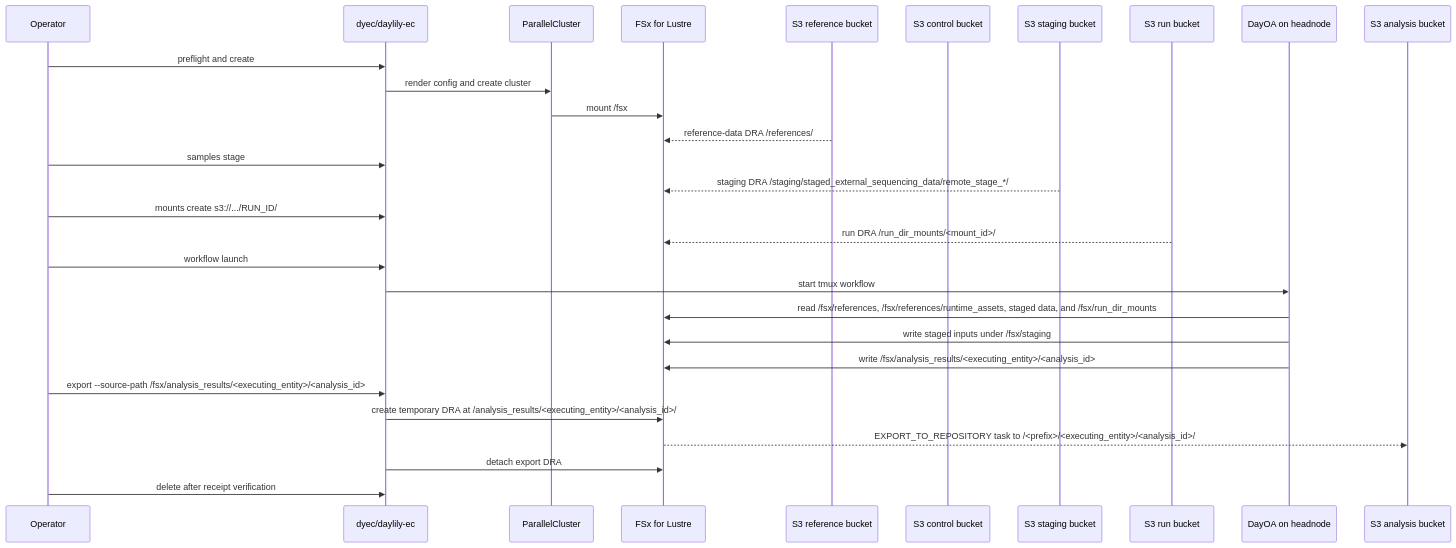
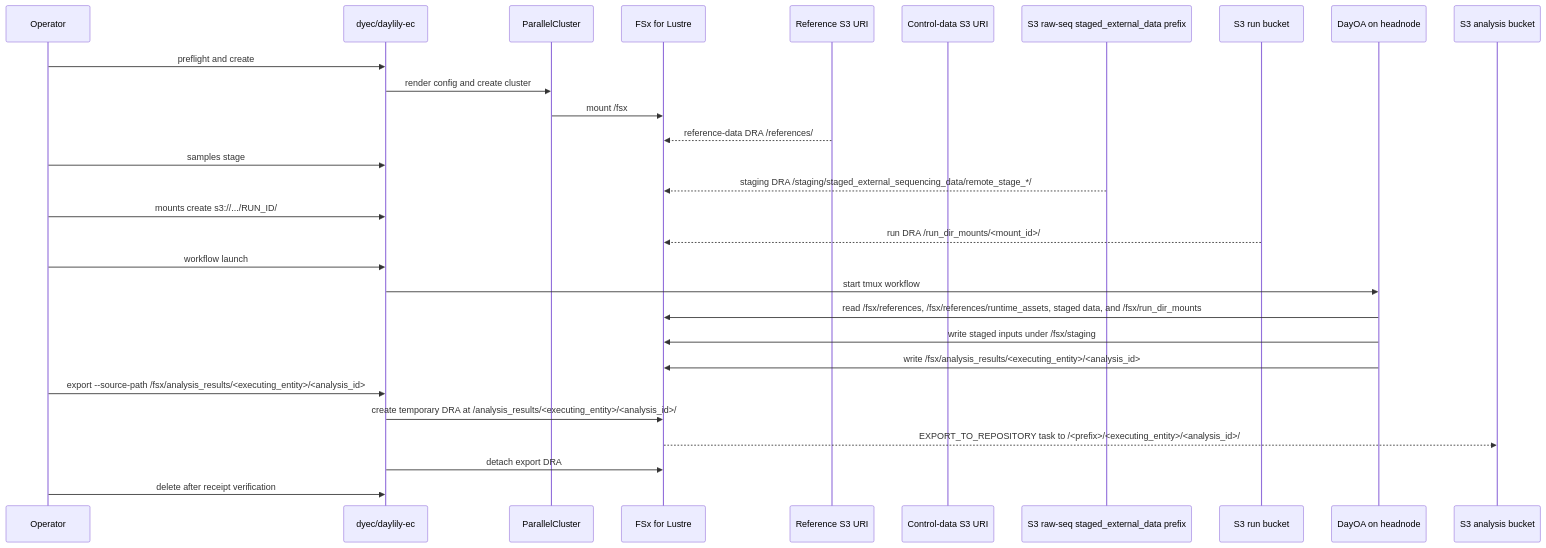
The first of 3 diagrams in docs/dra_fsx_strategy.md (Daylily-Informatics/daylily-ephemeral-cluster), drawn with Mermaid before and after one commit. The commit also changed other lines of this file and 105 other files, not shown here.

````diff
--- a/docs/dra_fsx_strategy.md
+++ b/docs/dra_fsx_strategy.md
@@ -21,32 +21,32 @@
 ```mermaid
 sequenceDiagram
   participant Op as Operator
   participant DyEC as dyec/daylily-ec
   participant PC as ParallelCluster
   participant FSx as FSx for Lustre
-  participant Ref as S3 reference bucket
-  participant Ctrl as S3 control bucket
-  participant Stage as S3 staging bucket
+  participant Ref as Reference S3 URI
+  participant Ctrl as Control-data S3 URI
+  participant Stage as S3 raw-seq staged_external_data prefix
   participant Run as S3 run bucket
   participant DayOA as DayOA on headnode
   participant Out as S3 analysis bucket
 
   Op->>DyEC: preflight and create
   DyEC->>PC: render config and create cluster
   PC->>FSx: mount /fsx
   Ref-->>FSx: reference-data DRA /references/
   Op->>DyEC: samples stage
   Stage-->>FSx: staging DRA /staging/staged_external_sequencing_data/remote_stage_*/
   Op->>DyEC: mounts create s3://.../RUN_ID/
   Run-->>FSx: run DRA /run_dir_mounts/<mount_id>/
   Op->>DyEC: workflow launch
   DyEC->>DayOA: start tmux workflow
   DayOA->>FSx: read /fsx/references, /fsx/references/runtime_assets, staged data, and /fsx/run_dir_mounts
   DayOA->>FSx: write staged inputs under /fsx/staging
   DayOA->>FSx: write /fsx/analysis_results/<executing_entity>/<analysis_id>
   Op->>DyEC: export --source-path /fsx/analysis_results/<executing_entity>/<analysis_id>
   DyEC->>FSx: create temporary DRA at /analysis_results/<executing_entity>/<analysis_id>/
   FSx-->>Out: EXPORT_TO_REPOSITORY task to /<prefix>/<executing_entity>/<analysis_id>/
   DyEC->>FSx: detach export DRA
   Op->>DyEC: delete after receipt verification
 ```
````
